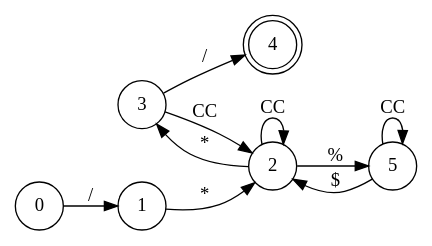
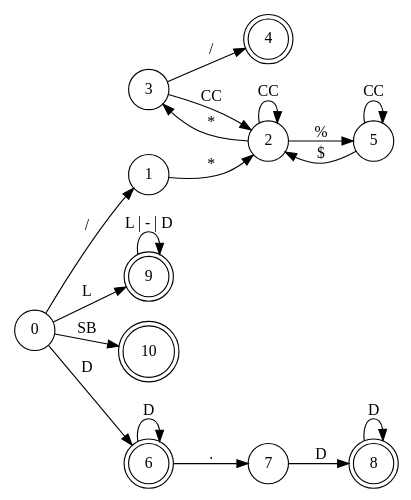
Before and after one commit to pedromf80/OLC1_Proyecto1_201700656: the diagram in automatacss.dot, drawn with Graphviz. The commit also changed 6 other files, not shown here.

```diff
--- a/automatacss.dot
+++ b/automatacss.dot
@@ -1,16 +1,23 @@
 digraph finite_state_machine {
 	rankdir=LR;
 	size="8,5"
-	node [shape = doublecircle]; 4 
+	node [shape = doublecircle]; 4 6 8 9 10 
 	node [shape = circle];
 	0 -> 1 [ label = "/" ];
 	1 -> 2 [ label = "*" ];
     2 -> 2 [ label = "CC" ];
     2 -> 3 [ label = "*" ];
     3 -> 4 [ label = "/" ];
     2 -> 5 [ label = "%" ];
     5 -> 5 [ label = "CC" ];
     5 -> 2 [ label = "$" ];
     3 -> 2 [ label = "CC" ];
-    
+    0 -> 6 [ label = "D"];
+    6 -> 6 [ label = "D"];
+    6 -> 7 [ label = "."];
+    7 -> 8 [ label = "D"];
+    8 -> 8 [ label = "D"];
+    0 -> 9 [ label = "L"];
+    9 -> 9 [ label = "L | - | D"];
+    0 -> 10 [label = "SB"]    
 }
```
